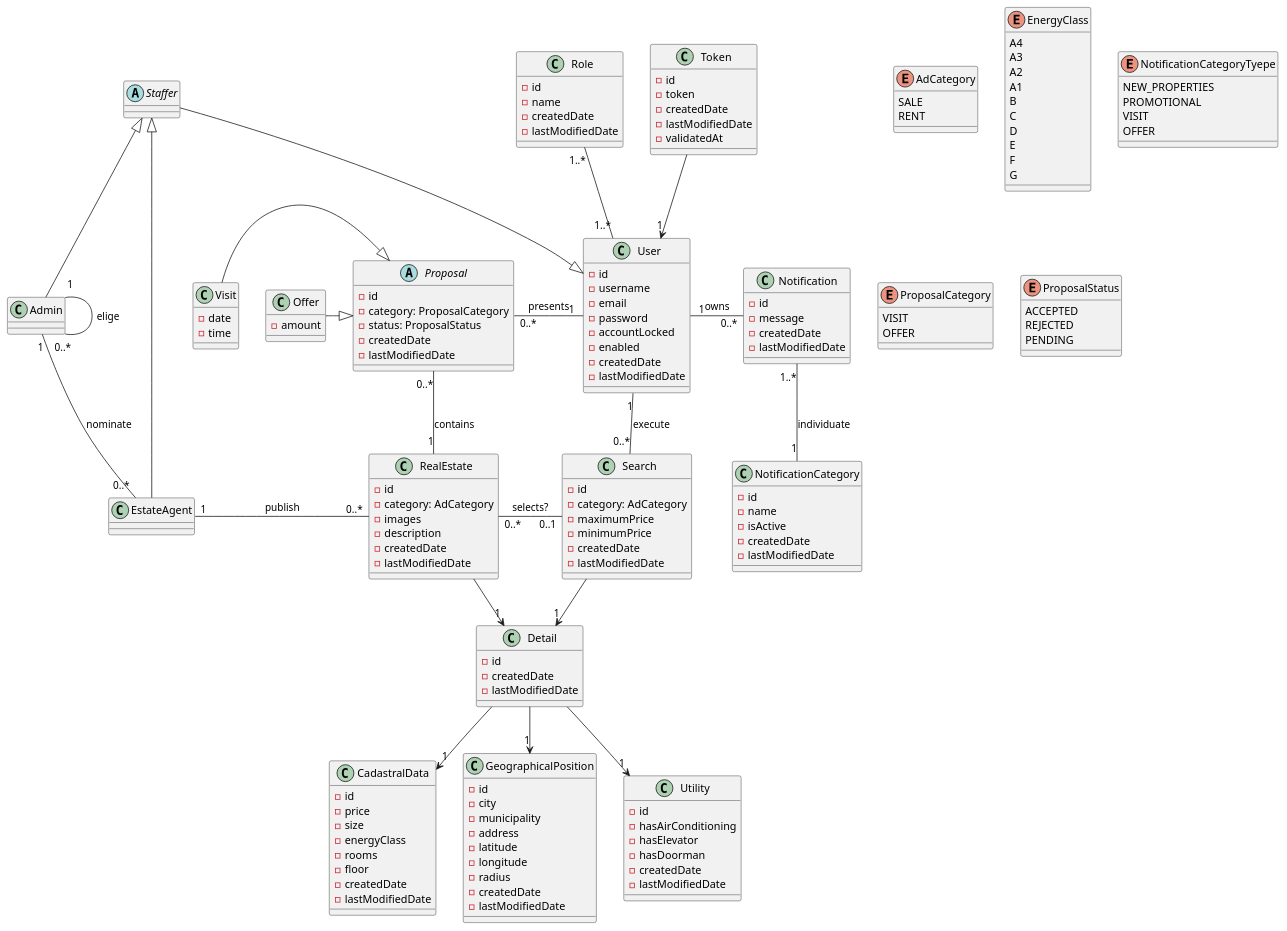
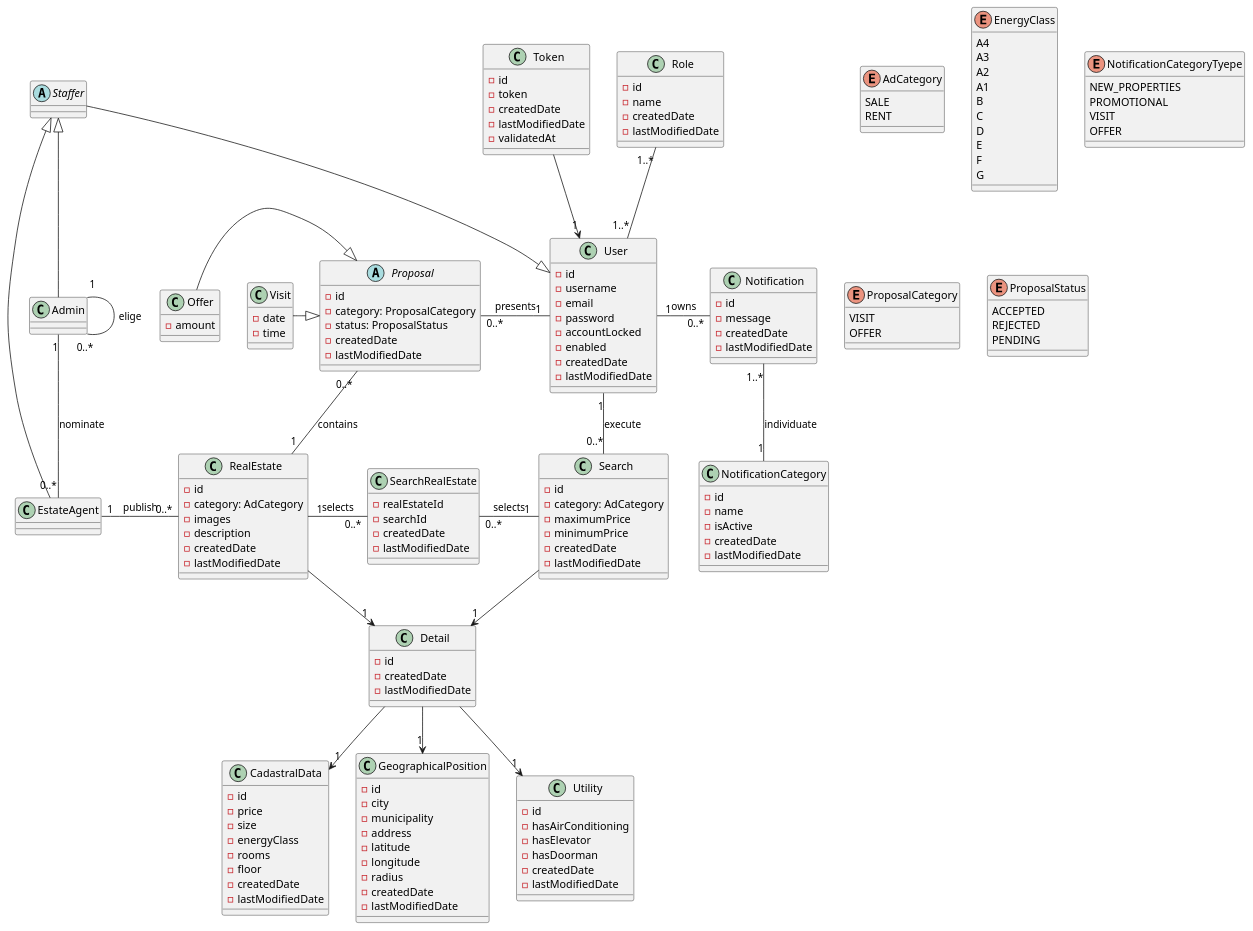
Before and after one commit to PSP-DietiEstates25/DietiEstates25: the diagram in documentazione/nuovi/model.wsd, drawn with PlantUML. The commit also changed 10 other files, not shown here.

```diff
--- a/documentazione/nuovi/model.wsd
+++ b/documentazione/nuovi/model.wsd
@@ -122,6 +122,13 @@
   - time
 }
 
+class SearchRealEstate {
+  - realEstateId
+  - searchId
+  - createdDate
+  - lastModifiedDate
+}
+
 enum AdCategory {
   SALE
   RENT
@@ -175,7 +182,7 @@
 
 'Real Estate association'
 RealEstate -down-> "1" Detail
-RealEstate "0..*" -right- "0..1" Search : selects?
+RealEstate " 1  " -right- "0..*" SearchRealEstate : selects
 RealEstate "0..*" -left- "1" EstateAgent : publish
 RealEstate "1" -up- "0..*" Proposal : contains
 
@@ -191,5 +198,6 @@
 
 'Search assocation'
 Search --> "1" Detail
+Search "  1 " -left- "0..*" SearchRealEstate : selects
 
 @enduml
```
